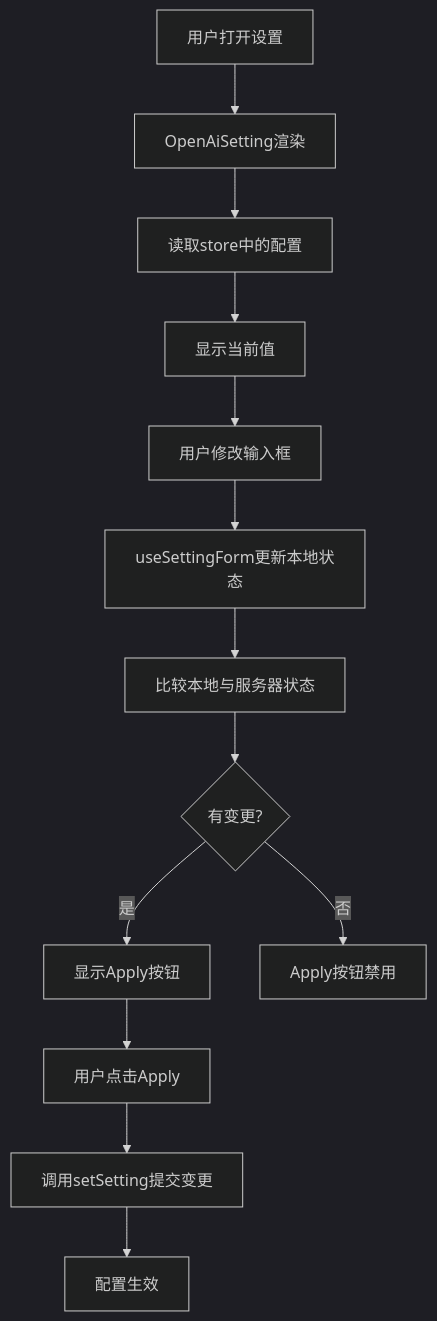
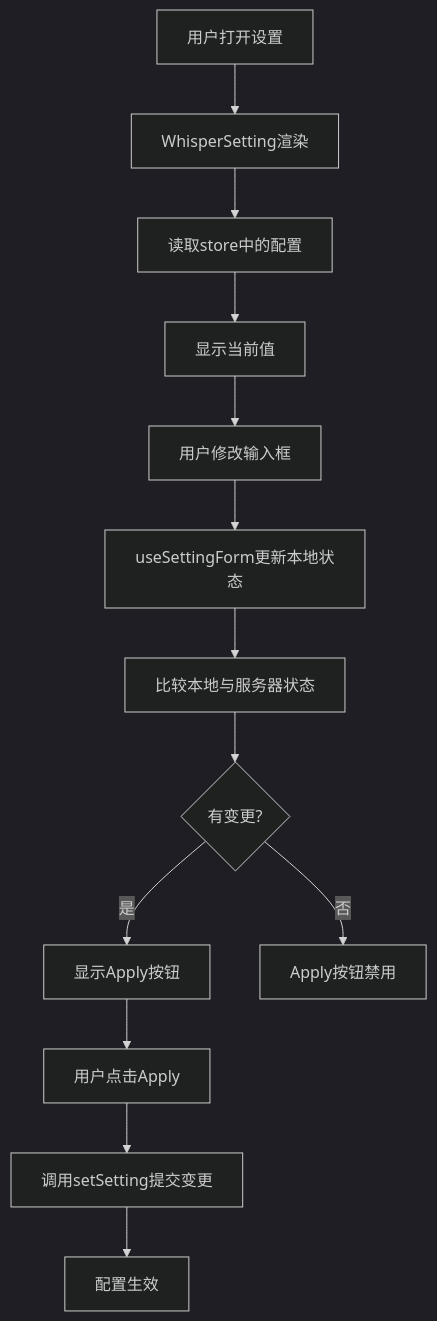
One commit to afanty2021/DashPlayer changed the seventh of 7 diagrams in .qoder/repowiki/zh/content/配置指南/AI服务配置/AI服务配置.md. Above: the diagram before and after it, drawn with Mermaid (dark theme). The commit also changed other lines of this file and 3 other files, not shown here.

````diff
--- a/.qoder/repowiki/zh/content/配置指南/AI服务配置/AI服务配置.md
+++ b/.qoder/repowiki/zh/content/配置指南/AI服务配置/AI服务配置.md
@@ -259,15 +385,15 @@
 ```mermaid
 flowchart TD
-A[用户打开设置] --> B[OpenAiSetting渲染]
+A[用户打开设置] --> B[WhisperSetting渲染]
 B --> C[读取store中的配置]
 C --> D[显示当前值]
 D --> E[用户修改输入框]
 E --> F[useSettingForm更新本地状态]
 F --> G[比较本地与服务器状态]
 G --> H{有变更?}
 H --> |是| I[显示Apply按钮]
 H --> |否| J[Apply按钮禁用]
 I --> K[用户点击Apply]
 K --> L[调用setSetting提交变更]
 L --> M[配置生效]
 ```
````
